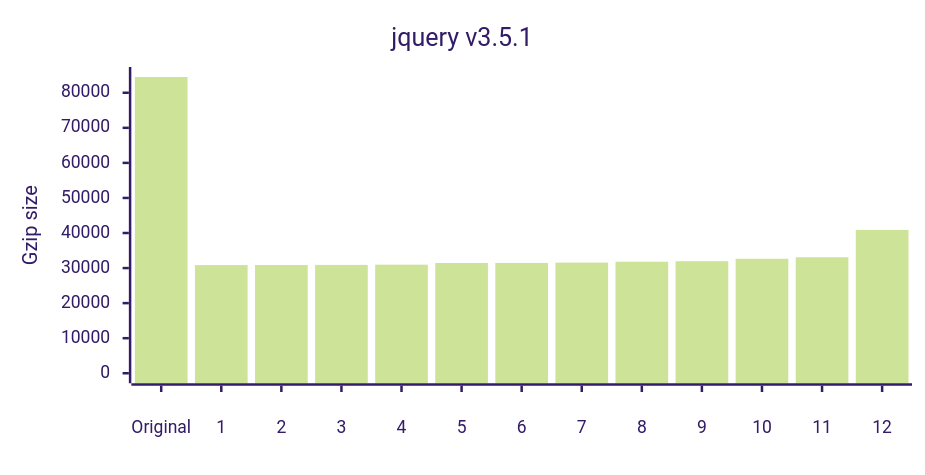
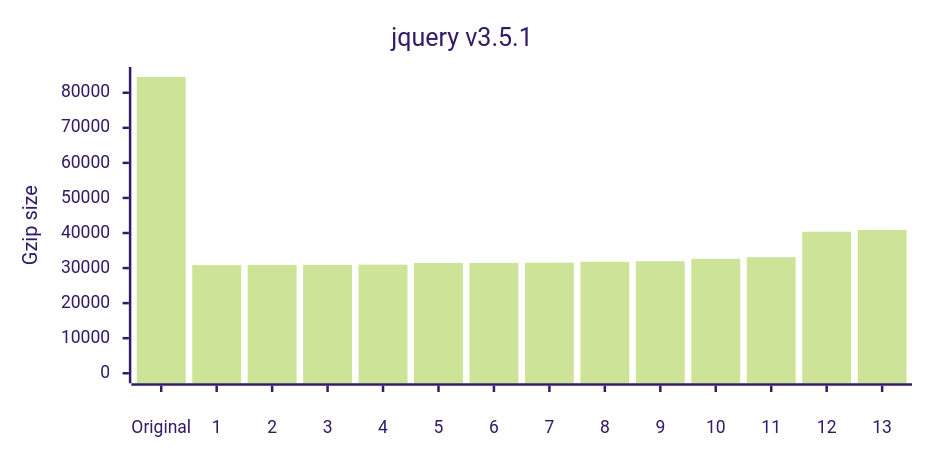
Before and after one commit to privatenumber/minification-benchmarks: the third of 12 diagrams in README.md, drawn with Mermaid (forest theme). The commit also changed other lines of this file and 1 other file, not shown here.

````diff
--- a/README.md
+++ b/README.md
@@ -157,17 +160,17 @@
 ```mermaid
 ---
 config:
     xyChart:
         width: 720
         height: 360
         xAxis:
             labelPadding: 20
         yAxis:
             labelPadding: 10
 ---
 xychart-beta
 	title "jquery v3.5.1"
-	x-axis ["Original",1,2,3,4,5,6,7,8,9,10,11,12]
+	x-axis ["Original",1,2,3,4,5,6,7,8,9,10,11,12,13]
 	y-axis "Gzip size" 0 --> 84498
-	bar [84498,30856,30866,30903,30969,31446,31470,31555,31799,31954,32653,33092,40879]
+	bar [84498,30856,30866,30903,30969,31446,31470,31555,31799,31954,32653,33092,40365,40879]
 ```
````
